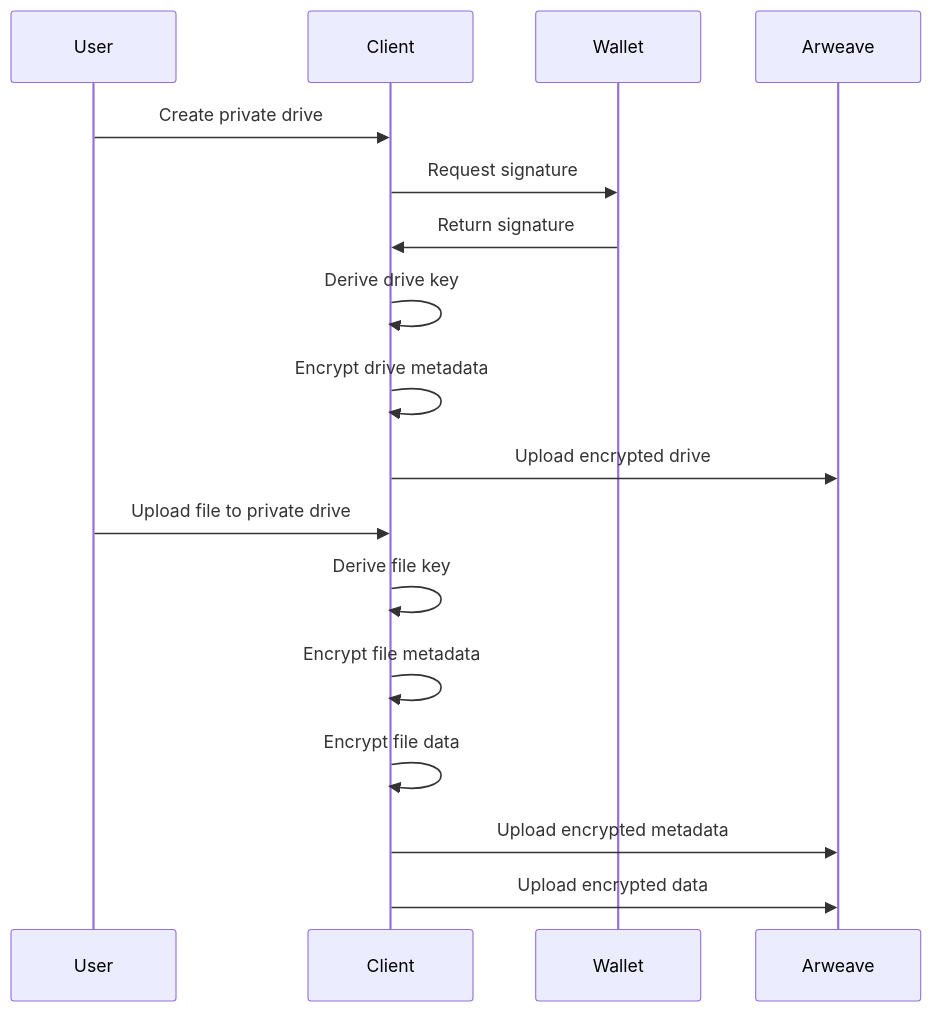
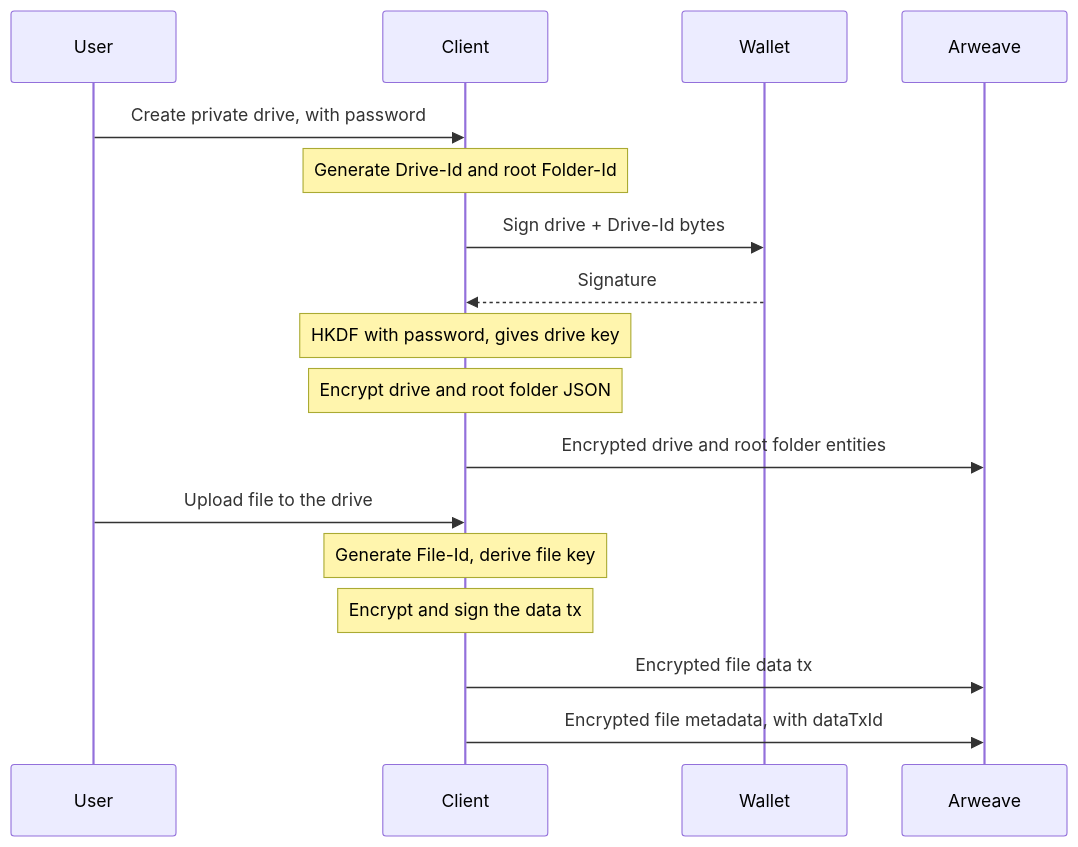
The second of 2 diagrams in content/build/advanced/arfs/privacy.mdx (ar-io/docs), drawn with Mermaid before and after one commit. The commit also changed other lines of this file and 25 other files, not shown here.

````diff
--- a/content/build/advanced/arfs/privacy.mdx
+++ b/content/build/advanced/arfs/privacy.mdx
@@ -101,21 +117,23 @@
 ```mermaid
 sequenceDiagram
+    accTitle: The wallet signs the drive message, and the client derives the keys and encrypts the data
+    accDescr: To create a private drive, the client generates the Drive-Id, asks the wallet to sign the drive message, derives the drive key, encrypts the drive and root folder metadata with it and uploads both together. To upload a file, the client derives the file key from the drive key and the new File-Id, encrypts and signs the file data transaction, then uploads it with the encrypted file metadata that names it.
+
     participant User
     participant Client
     participant Wallet
     participant Arweave
 
-    User->>Client: Create private drive
-    Client->>Wallet: Request signature
-    Wallet->>Client: Return signature
-    Client->>Client: Derive drive key
-    Client->>Client: Encrypt drive metadata
-    Client->>Arweave: Upload encrypted drive
-
-    User->>Client: Upload file to private drive
-    Client->>Client: Derive file key
-    Client->>Client: Encrypt file metadata
-    Client->>Client: Encrypt file data
-    Client->>Arweave: Upload encrypted metadata
-    Client->>Arweave: Upload encrypted data
+    User->>Client: Create private drive, with password
+    Note over Client: Generate Drive-Id and root Folder-Id
+    Client->>Wallet: Sign drive + Drive-Id bytes
+    Wallet-->>Client: Signature
+    Note over Client: HKDF with password, gives drive key
+    Note over Client: Encrypt drive and root folder JSON
+    Client->>Arweave: Encrypted drive and root folder entities
+    User->>Client: Upload file to the drive
+    Note over Client: Generate File-Id, derive file key
+    Note over Client: Encrypt and sign the data tx
+    Client->>Arweave: Encrypted file data tx
+    Client->>Arweave: Encrypted file metadata, with dataTxId
 ```
````
